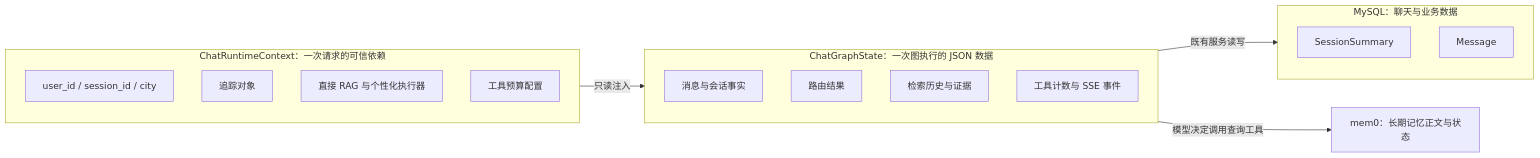
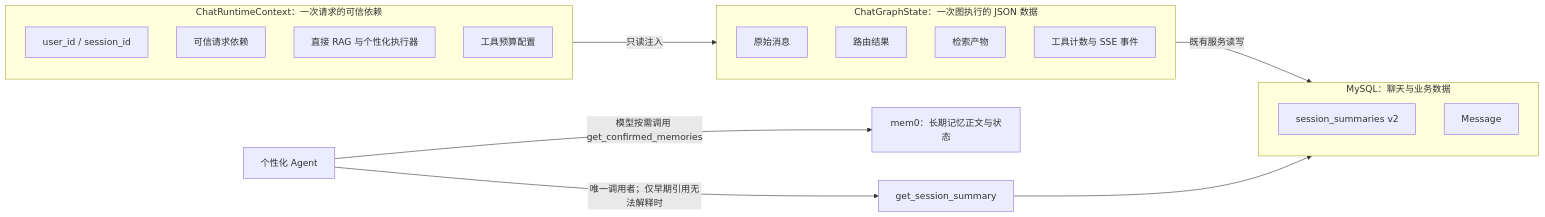
The fourth of 6 diagrams in docs/langgraph-chat-routing.md (Leewx-char/FitAgent), drawn with Mermaid before and after one commit. The commit also changed other lines of this file and 6 other files, not shown here.

````diff
--- a/docs/langgraph-chat-routing.md
+++ b/docs/langgraph-chat-routing.md
@@ -77,27 +80,31 @@
 ```mermaid
 flowchart LR
     subgraph Runtime[ChatRuntimeContext：一次请求的可信依赖]
-        R1[user_id / session_id / city]
-        R2[追踪对象]
+        R1[user_id / session_id]
+        R2[可信请求依赖]
         R3[直接 RAG 与个性化执行器]
         R4[工具预算配置]
     end
 
     subgraph State[ChatGraphState：一次图执行的 JSON 数据]
-        S1[消息与会话事实]
+        S1[原始消息]
         S2[路由结果]
-        S3[检索历史与证据]
+        S3[检索产物]
         S4[工具计数与 SSE 事件]
     end
 
     subgraph Database[MySQL：聊天与业务数据]
-        D1[SessionSummary]
+        D1[session_summaries v2]
         D2[Message]
     end
 
     Memory[mem0：长期记忆正文与状态]
+    Agent[个性化 Agent]
+    Summary[get_session_summary]
 
     Runtime -->|只读注入| State
     State -->|既有服务读写| Database
-    State -->|模型决定调用查询工具| Memory
+    Agent -->|模型按需调用 get_confirmed_memories| Memory
+    Agent -->|唯一调用者；仅早期引用无法解释时| Summary
+    Summary --> Database
 ```
````
